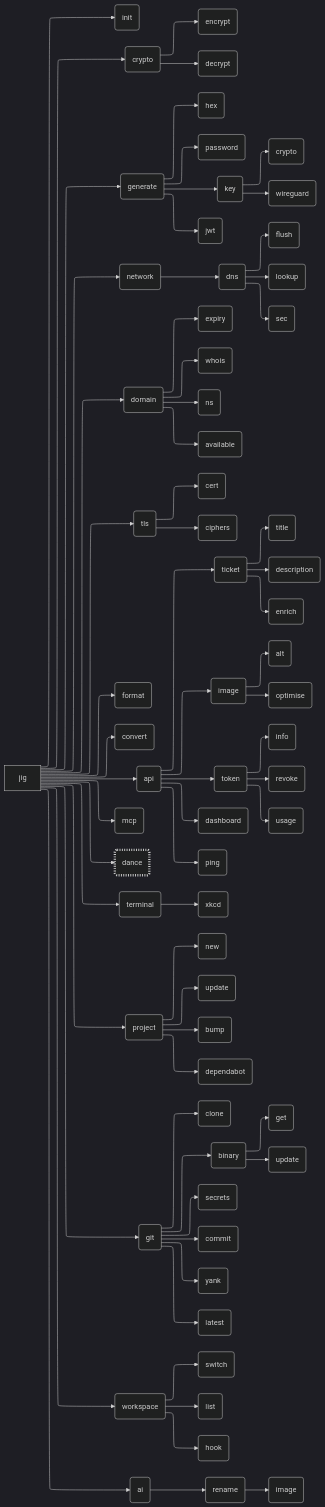
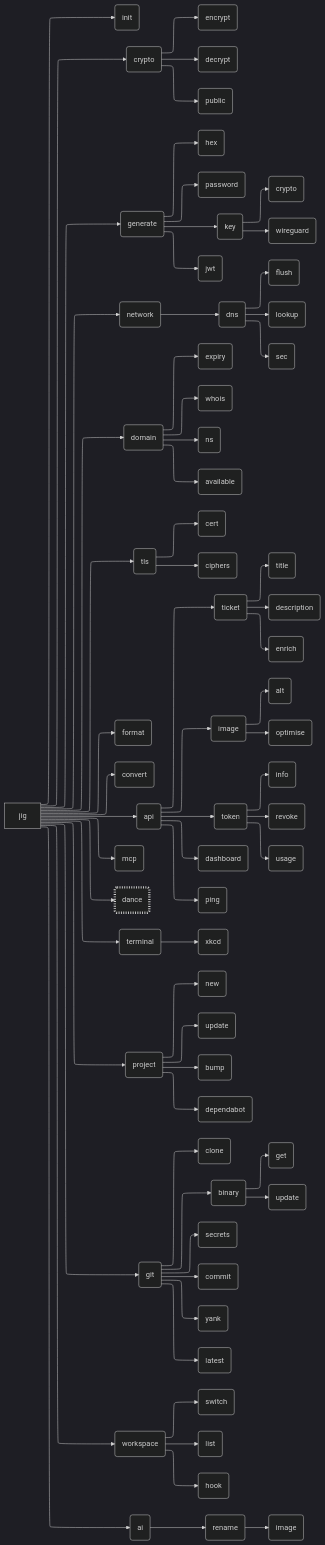
Before and after one commit to daveio/jig: the diagram in README.md, drawn with Mermaid. The commit also changed other lines of this file and 2 other files, not shown here.

First line of the commit message:
✨ Add UUID dependency and crypto public key command

````diff
--- a/README.md
+++ b/README.md
@@ -11,75 +11,76 @@
 ```mermaid
 ---
 config:
   theme: dark
   layout: elk
 ---
 graph LR
   jig[jig] --> init(init)
   jig --> crypto(crypto)
     crypto --> cryptoEncrypt(encrypt)
     crypto --> cryptoDecrypt(decrypt)
+    crypto --> cryptoPublic(public)
   jig --> generate(generate)
     generate --> generateHex(hex)
     generate --> generatePassword(password)
     generate --> generateKey(key)
       generateKey --> generateKeyCrypto(crypto)
       generateKey --> generateKeyWireguard(wireguard)
     generate --> generateJwt(jwt)
   jig --> network(network)
     network --> networkDns(dns)
       networkDns --> networkDnsFlush(flush)
       networkDns --> networkDnsLookup(lookup)
       networkDns --> networkDnsSec(sec)
   jig --> domain(domain)
     domain --> domainExpiry(expiry)
     domain --> domainWhois(whois)
     domain --> domainNs(ns)
     domain --> domainAvailable(available)
   jig --> tls(tls)
     tls --> tlsCert(cert)
     tls --> tlsCiphers(ciphers)
   jig --> format(format)
   jig --> convert(convert)
   jig --> api(api)
     api --> apiTicket(ticket)
       apiTicket --> apiTicketTitle(title)
       apiTicket --> apiTicketDescription(description)
       apiTicket --> apiTicketEnrich(enrich)
     api --> apiImage(image)
       apiImage --> apiImageAlt(alt)
       apiImage --> apiImageOptimise(optimise)
     api --> apiToken(token)
       apiToken --> apiTokenInfo(info)
       apiToken --> apiTokenRevoke(revoke)
       apiToken --> apiTokenUsage(usage)
     api --> apiDashboard(dashboard)
     api --> apiPing(ping)
   jig --> mcp(mcp)
   jig --> dance(dance)
   jig --> terminal(terminal)
     terminal --> terminalXKCD(xkcd)
   jig --> project(project)
     project --> projectNew(new)
     project --> projectUpdate(update)
     project --> projectBump(bump)
     project --> projectDependabot(dependabot)
   jig --> git(git)
     git --> gitClone(clone)
     git --> gitBinary(binary)
       gitBinary --> gitBinaryGet(get)
       gitBinary --> gitBinaryUpdate(update)
     git --> gitSecrets(secrets)
     git --> gitCommit(commit)
     git --> gitYank(yank)
     git --> gitLatest(latest)
   jig --> workspace(workspace)
     workspace --> workspaceSwitch(switch)
     workspace --> workspaceList(list)
     workspace --> workspaceHook(hook)
   jig --> ai(ai)
     ai --> aiRename(rename)
       aiRename --> aiRenameImage(image)
 
   style dance stroke-dasharray: 2 3,stroke-width: 5px
 ```
````
